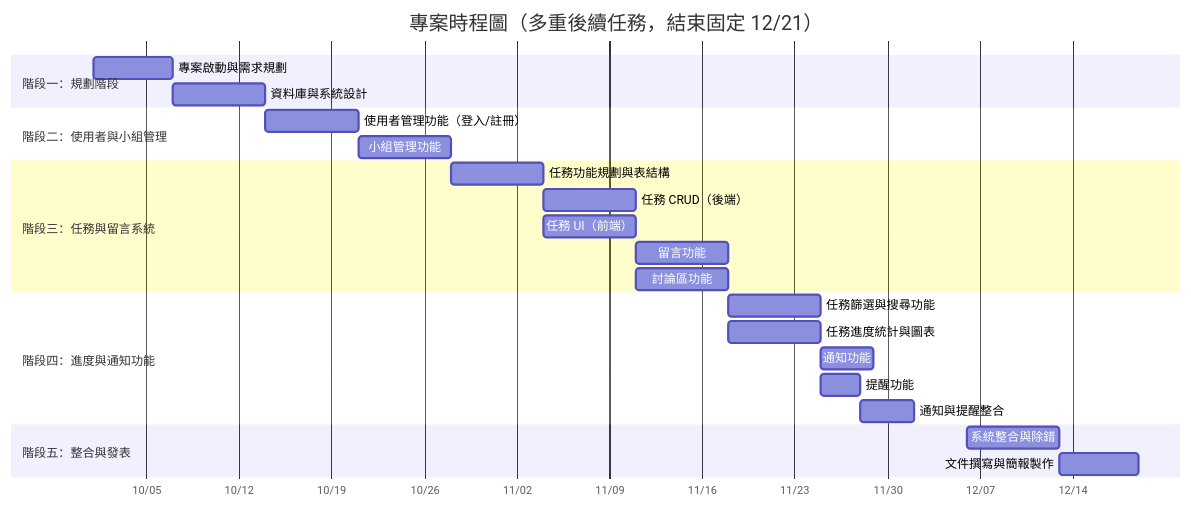
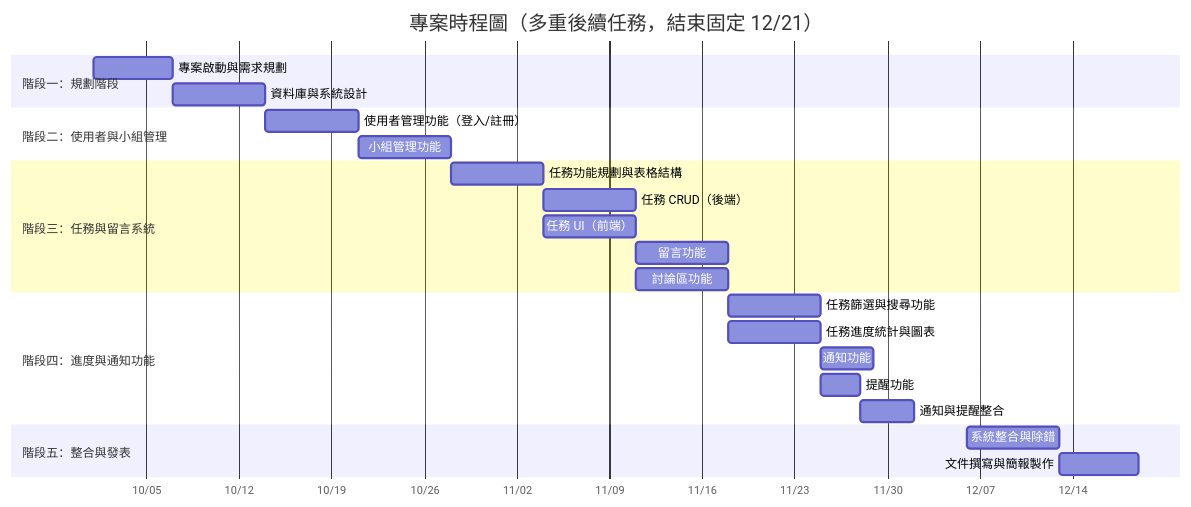
Before and after one commit to zhuang147/Task-Management: the diagram in 草稿.md, drawn with Mermaid. The commit also changed other lines of this file, not shown here.

````diff
--- a/草稿.md
+++ b/草稿.md
@@ -30,33 +30,33 @@
 ```mermaid
 gantt
     title 專案時程圖（多重後續任務，結束固定 12/21）
     dateFormat MM-DD
     axisFormat %m/%d
 
     section 階段一：規劃階段
     專案啟動與需求規劃           :a1, 10-01, 6d
     資料庫與系統設計             :a2, 10-07, 7d
 
     section 階段二：使用者與小組管理
     使用者管理功能（登入/註冊）    :b1, 10-14, 7d
     小組管理功能                 :b2, 10-21, 7d
 
     section 階段三：任務與留言系統
-    任務功能規劃與表結構          :c1, 10-28, 7d
+    任務功能規劃與表格結構          :c1, 10-28, 7d
     任務 CRUD（後端）            :c2a, 11-04, 7d
     任務 UI（前端）               :c2b, 11-04, 7d
     留言功能                     :c3a, 11-11, 7d
     討論區功能                   :c3b, 11-11, 7d
 
     section 階段四：進度與通知功能
     任務篩選與搜尋功能             :d1, 11-18, 7d
     任務進度統計與圖表             :d2, 11-18, 7d
     通知功能                     :d3a, 11-25, 4d
     提醒功能                     :d3b, 11-25, 3d
     通知與提醒整合                :d3c, 11-28, 4d
 
     section 階段五：整合與發表
     系統整合與除錯                :e1, 12-06, 7d
     文件撰寫與簡報製作             :e2, 12-13, 6d
 
 ```
````
